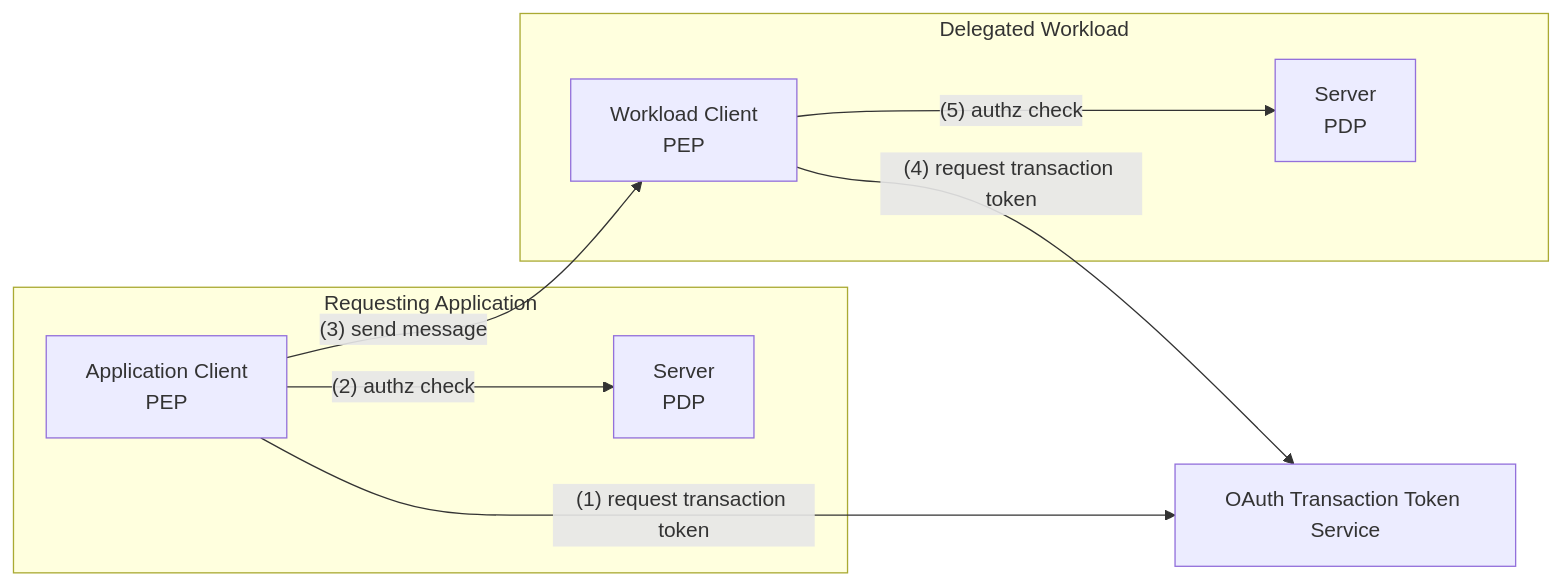
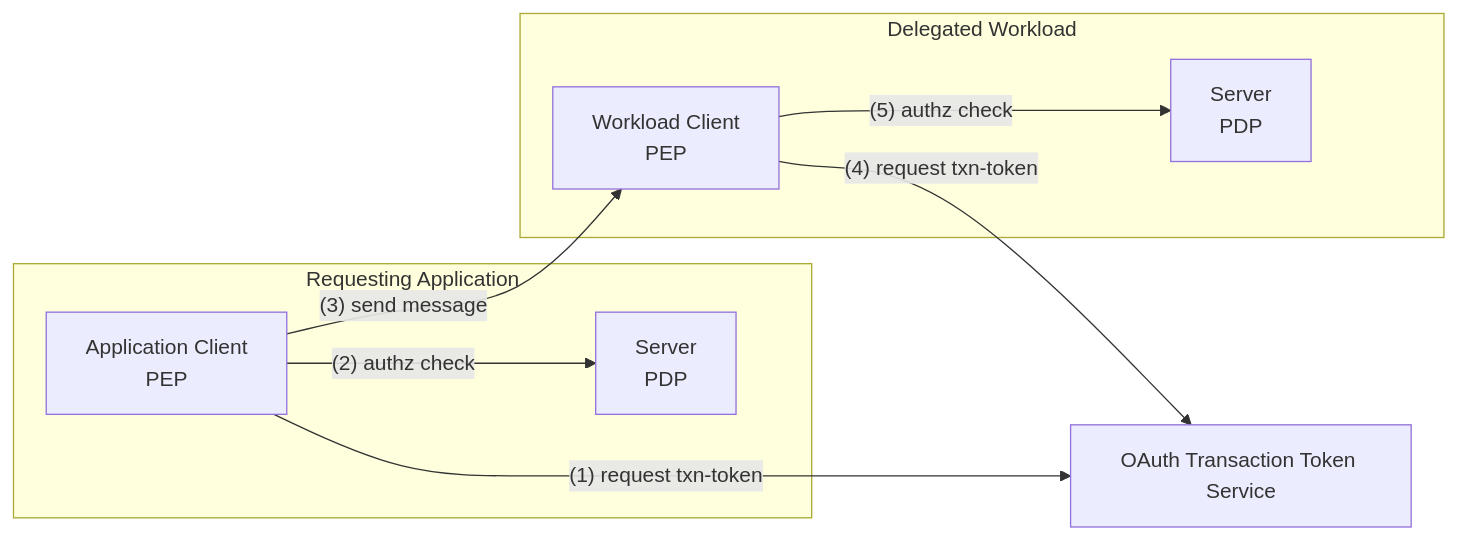
One commit to ztauthstar/ztauthstar changed the second of 2 diagrams in content/openprotocolspec/2025-04-05/architecture/_index.md. Above: the diagram before and after it, drawn with Mermaid.

Commit message:
refactor: docs: working on ztauth spec

````diff
--- a/content/openprotocolspec/2025-04-05/architecture/_index.md
+++ b/content/openprotocolspec/2025-04-05/architecture/_index.md
@@ -82,20 +82,20 @@
 ```mermaid
 graph LR
     subgraph "Requesting Application"
         C1[Application Client <br> PEP]
         S1[Server <br> PDP]
         C1 -- (2) authz check --> S1
     end
 
     OTT["OAuth Transaction Token Service"]
-    C1 -- (1) request transaction token --> OTT
-    C2 -- (4) request transaction token --> OTT
+    C1 -- (1) request txn-token --> OTT
+    C2 -- (4) request txn-token --> OTT
 
     subgraph "Delegated Workload"
         C2[Workload Client <br> PEP]
         S2[Server <br> PDP]
         C2 -- (5) authz check --> S2
     end
 
     C1 -- (3) send message --> C2
 ```
````
